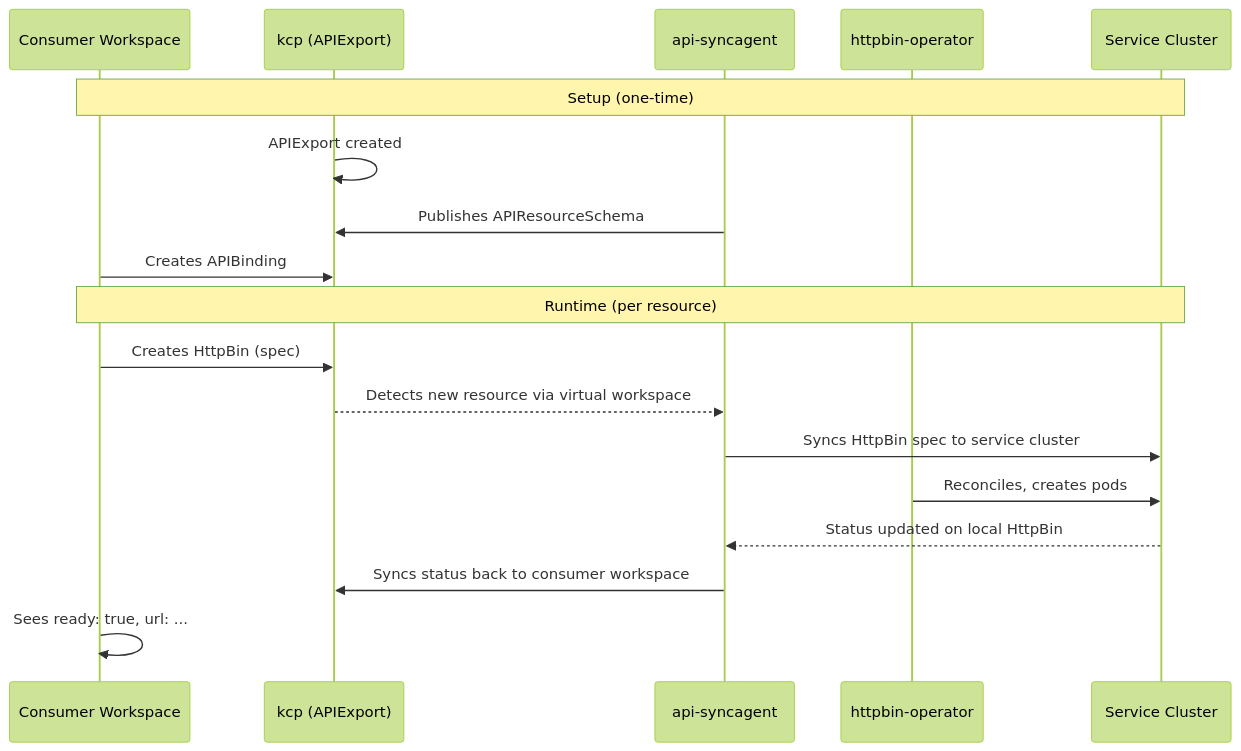
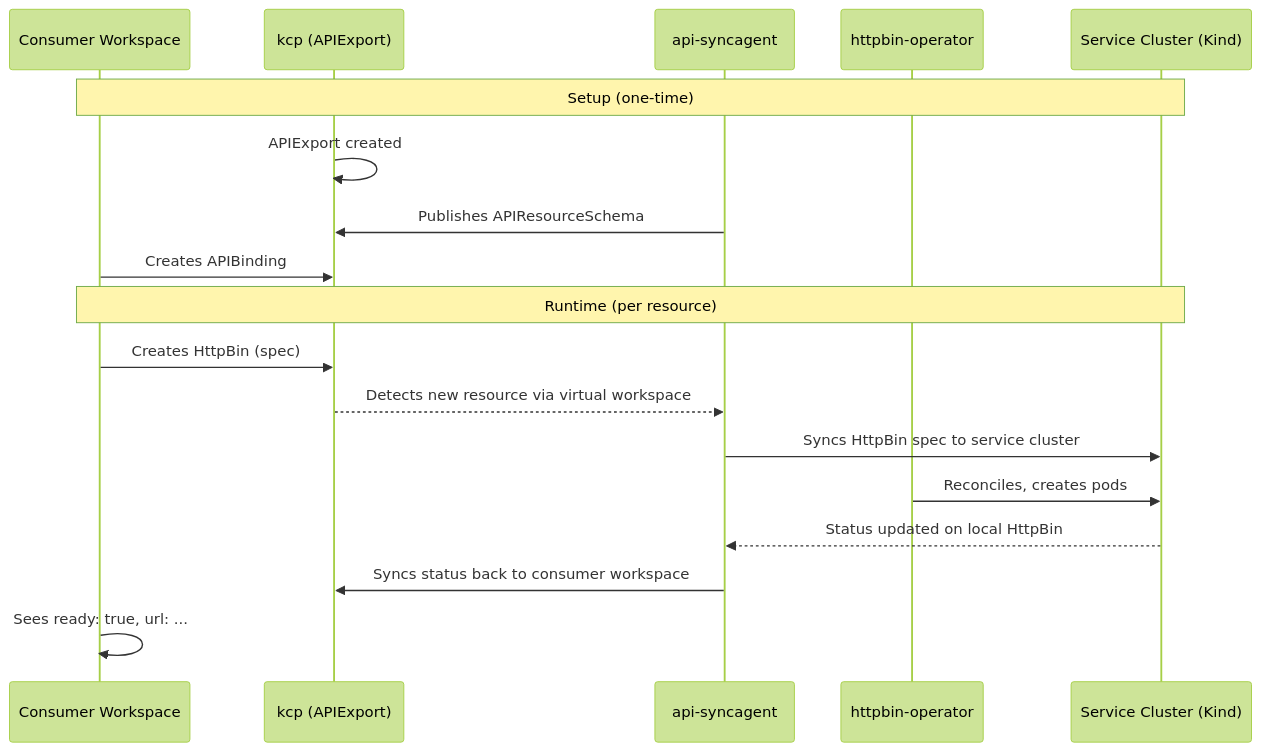
The second of 2 diagrams in guides/provider-quick-start.md (platform-mesh/platform-mesh.github.io), drawn with Mermaid (forest theme) before and after one commit. The commit also changed other lines of this file, not shown here.

````diff
--- a/guides/provider-quick-start.md
+++ b/guides/provider-quick-start.md
@@ -559,22 +595,22 @@
 ```mermaid
 sequenceDiagram
     participant Consumer as Consumer Workspace
     participant kcp as kcp (APIExport)
     participant Agent as api-syncagent
     participant Operator as httpbin-operator
-    participant Cluster as Service Cluster
+    participant Cluster as Service Cluster (Kind)
 
     Note over Consumer,Cluster: Setup (one-time)
     kcp->>kcp: APIExport created
     Agent->>kcp: Publishes APIResourceSchema
     Consumer->>kcp: Creates APIBinding
 
     Note over Consumer,Cluster: Runtime (per resource)
     Consumer->>kcp: Creates HttpBin (spec)
     kcp-->>Agent: Detects new resource via virtual workspace
     Agent->>Cluster: Syncs HttpBin spec to service cluster
     Operator->>Cluster: Reconciles, creates pods
     Cluster-->>Agent: Status updated on local HttpBin
     Agent->>kcp: Syncs status back to consumer workspace
     Consumer->>Consumer: Sees ready: true, url: ...
 ```
````
